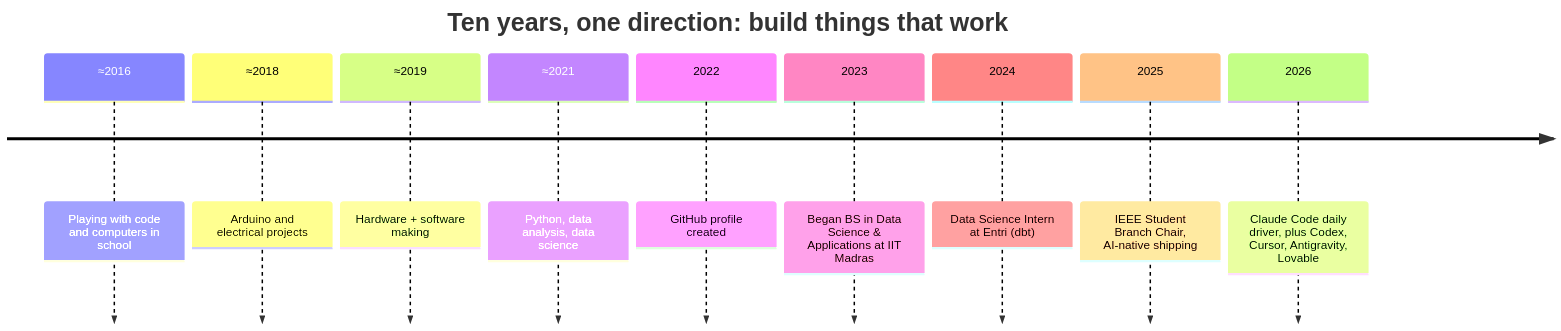
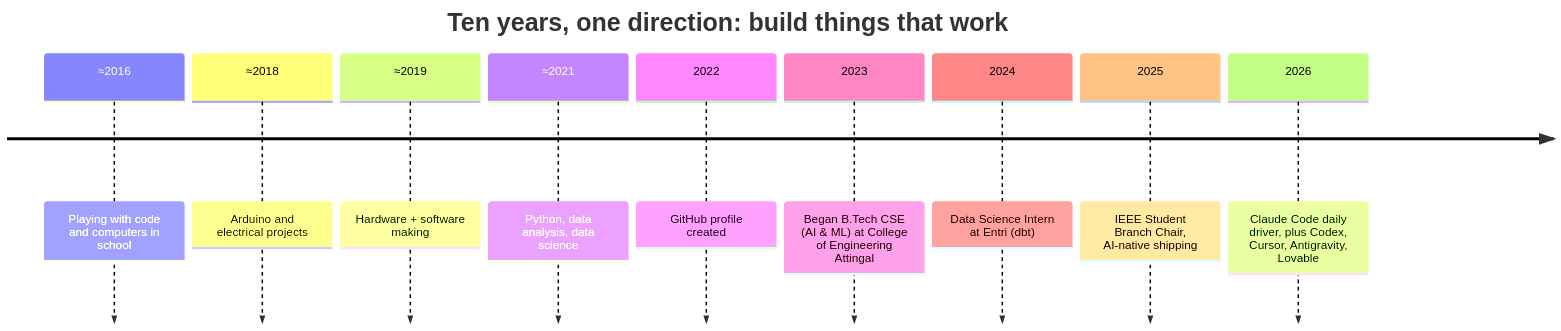
The second of 2 diagrams in README.md (SivaKumar-004/SivaKumar-004), drawn with Mermaid before and after one commit. The commit also changed other lines of this file and 1 other file, not shown here.

Commit message:
Fix education: B.Tech CSE (AI & ML) at CE Attingal

````diff
--- a/README.md
+++ b/README.md
@@ -87,13 +87,13 @@
 ```mermaid
 timeline
   title Ten years, one direction: build things that work
   ≈2016 : Playing with code and computers in school
   ≈2018 : Arduino and electrical projects
   ≈2019 : Hardware + software making
   ≈2021 : Python, data analysis, data science
   2022 : GitHub profile created
-  2023 : Began BS in Data Science & Applications at IIT Madras
+  2023 : Began B.Tech CSE (AI & ML) at College of Engineering Attingal
   2024 : Data Science Intern at Entri (dbt)
   2025 : IEEE Student Branch Chair, AI-native shipping
   2026 : Claude Code daily driver, plus Codex, Cursor, Antigravity, Lovable
 ```
````
